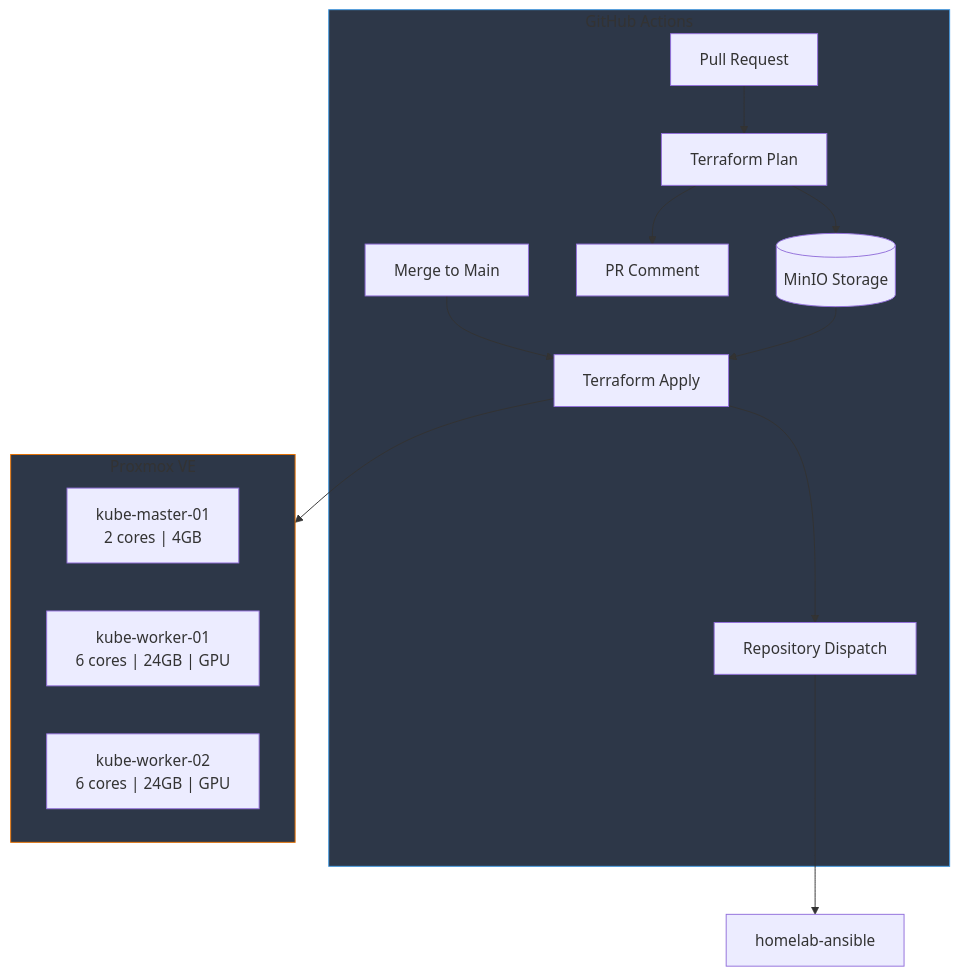
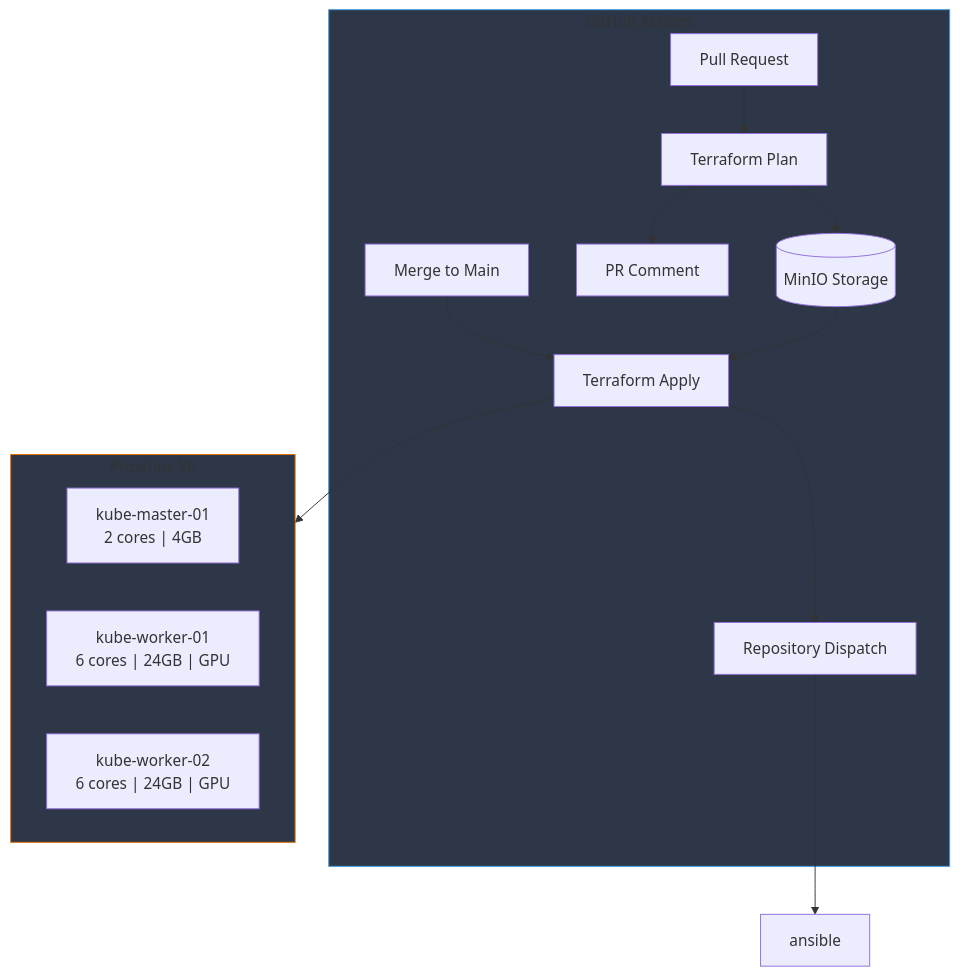
The first of 4 diagrams in README.md (Starktastic-Homelab/terraform), drawn with Mermaid before and after one commit. The commit also changed other lines of this file, not shown here.

````diff
--- a/README.md
+++ b/README.md
@@ -15,23 +15,23 @@
 ```mermaid
 flowchart TB
     subgraph GH["GitHub Actions"]
         PR[Pull Request] --> Plan[Terraform Plan]
         Plan --> MinIO[(MinIO Storage)]
         Plan --> Comment[PR Comment]
         Merge[Merge to Main] --> Apply[Terraform Apply]
         Apply --> Dispatch[Repository Dispatch]
     end
     
     subgraph Proxmox["Proxmox VE"]
         Master["kube-master-01<br/>2 cores | 4GB"]
         Worker1["kube-worker-01<br/>6 cores | 24GB | GPU"]
         Worker2["kube-worker-02<br/>6 cores | 24GB | GPU"]
     end
     
     MinIO --> Apply
     Apply --> Proxmox
-    Dispatch --> Ansible[homelab-ansible]
+    Dispatch --> Ansible[ansible]
     
     style GH fill:#2d3748,stroke:#4299e1
     style Proxmox fill:#2d3748,stroke:#e57000
 ```
````
